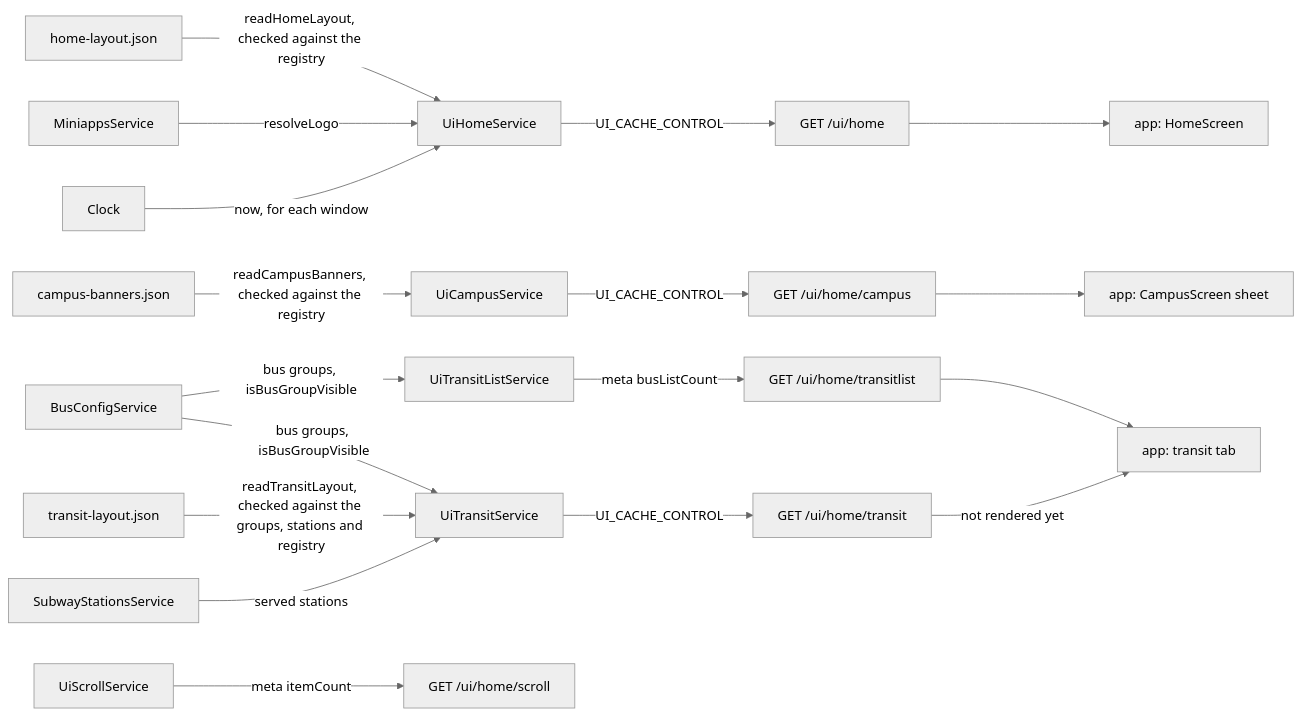
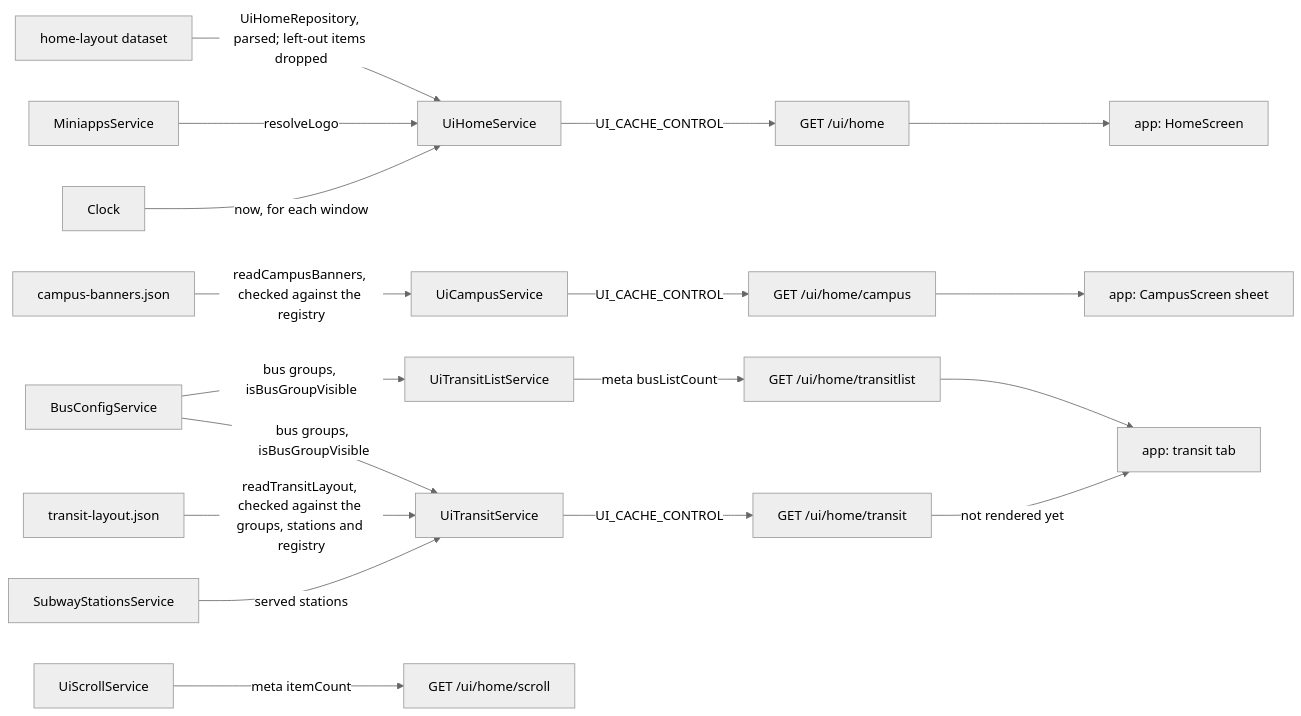
The diagram in docs/explanation/ui-architecture.md (skkuverse/skkuverse-server), drawn with Mermaid (neutral theme) before and after one commit. The commit also changed other lines of this file and 3 other files, not shown here.

Commit message:
docs(ui): the home layout is a dataset edited with npm run data

````diff
--- a/docs/explanation/ui-architecture.md
+++ b/docs/explanation/ui-architecture.md
@@ -55,20 +57,20 @@
 ```mermaid
 flowchart LR
-  homeFile["home-layout.json"] -->|readHomeLayout, checked against the registry| home["UiHomeService"]
+  dataset["home-layout dataset"] -->|UiHomeRepository, parsed; left-out items dropped| home["UiHomeService"]
   campusFile["campus-banners.json"] -->|readCampusBanners, checked against the registry| campus["UiCampusService"]
   registry["MiniappsService"] -->|resolveLogo| home
   bus["BusConfigService"] -->|bus groups, isBusGroupVisible| transit["UiTransitListService"]
   transitFile["transit-layout.json"] -->|readTransitLayout, checked against the groups, stations and registry| layout["UiTransitService"]
   bus -->|bus groups, isBusGroupVisible| layout
   stations["SubwayStationsService"] -->|served stations| layout
   clock["Clock"] -->|now, for each window| home
   home -->|UI_CACHE_CONTROL| r1["GET /ui/home"]
   campus -->|UI_CACHE_CONTROL| r2["GET /ui/home/campus"]
   transit -->|meta busListCount| r3["GET /ui/home/transitlist"]
   scroll["UiScrollService"] -->|meta itemCount| r4["GET /ui/home/scroll"]
   layout -->|UI_CACHE_CONTROL| r5["GET /ui/home/transit"]
   r1 --> homeScreen["app: HomeScreen"]
   r2 --> campusScreen["app: CampusScreen sheet"]
   r3 --> transitTab["app: transit tab"]
   r5 -->|not rendered yet| transitTab
 ```
````
